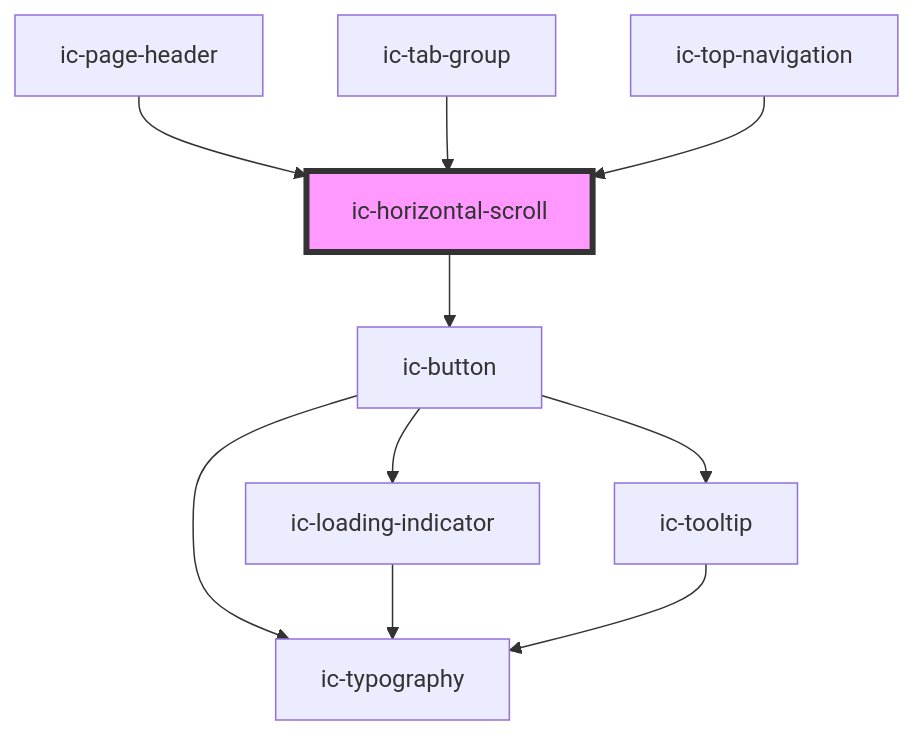
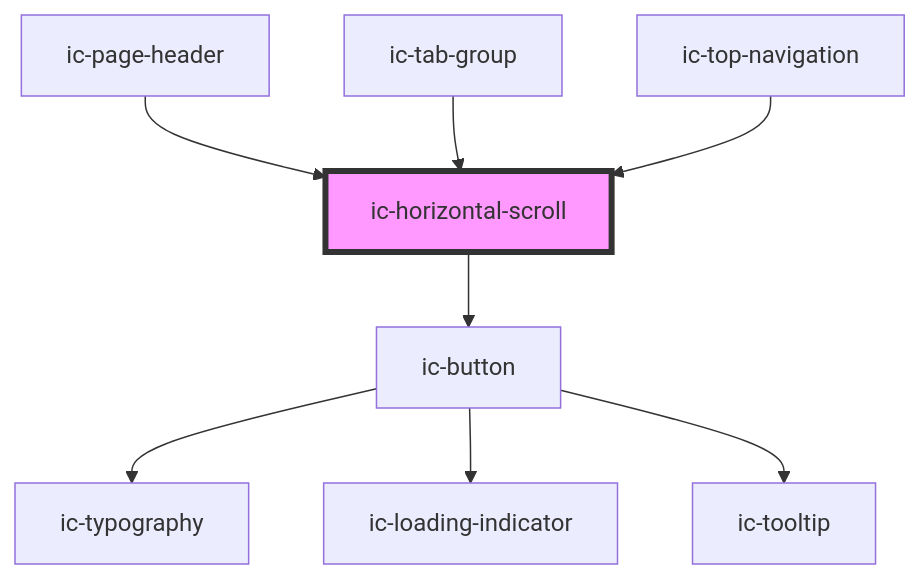
Before and after one commit to mi6/ic-ui-kit: the diagram in packages/web-components/src/components/ic-horizontal-scroll/readme.md, drawn with Mermaid. The commit also changed other lines of this file and 13 other files, not shown here.

````diff
--- a/packages/web-components/src/components/ic-horizontal-scroll/readme.md
+++ b/packages/web-components/src/components/ic-horizontal-scroll/readme.md
@@ -28,13 +30,11 @@
 ```mermaid
 graph TD;
   ic-horizontal-scroll --> ic-button
+  ic-page-header --> ic-horizontal-scroll
+  ic-tab-group --> ic-horizontal-scroll
+  ic-top-navigation --> ic-horizontal-scroll
   ic-button --> ic-typography
   ic-button --> ic-loading-indicator
   ic-button --> ic-tooltip
-  ic-loading-indicator --> ic-typography
-  ic-tooltip --> ic-typography
-  ic-page-header --> ic-horizontal-scroll
-  ic-tab-group --> ic-horizontal-scroll
-  ic-top-navigation --> ic-horizontal-scroll
   style ic-horizontal-scroll fill:#f9f,stroke:#333,stroke-width:4px
 ```
````
